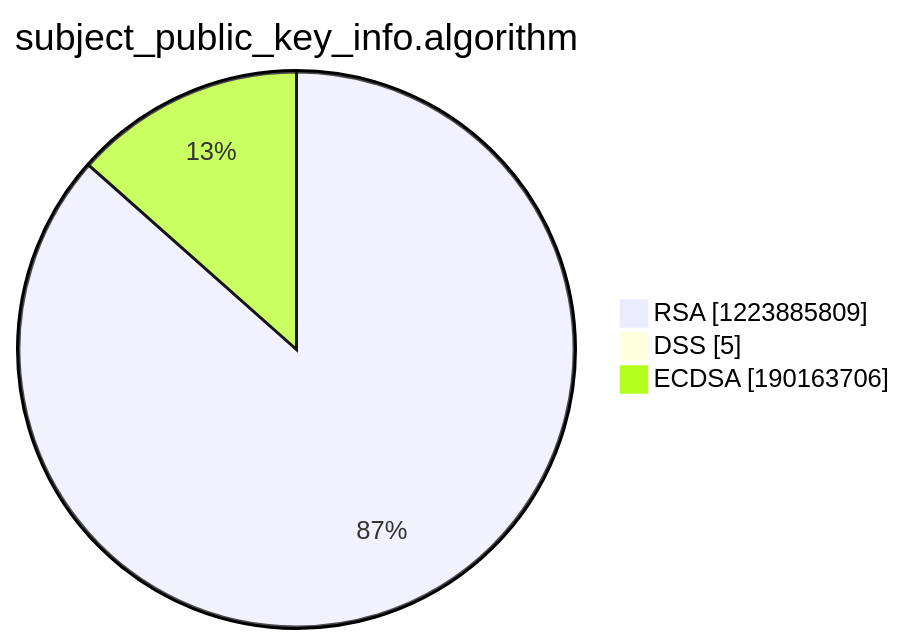
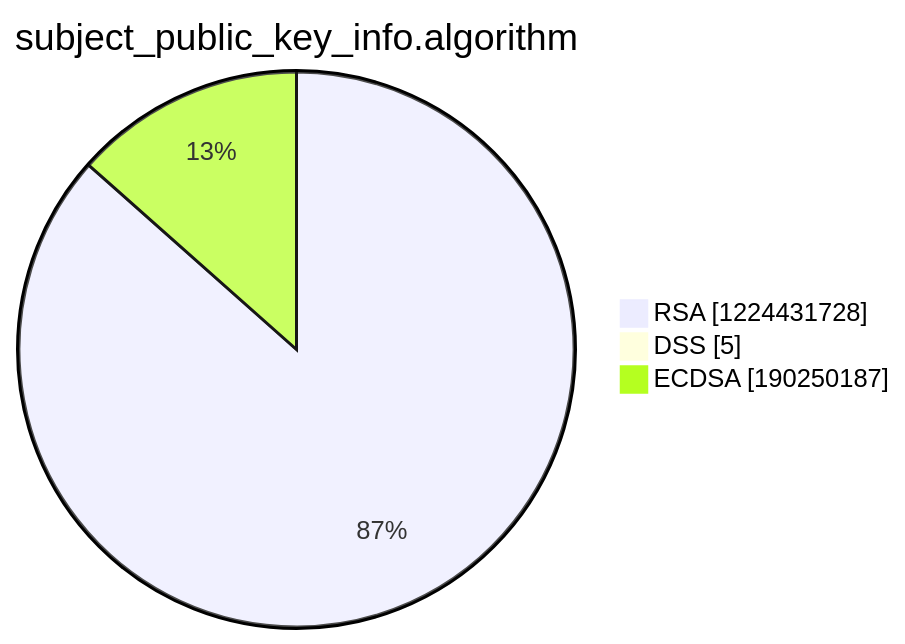
The third of 15 diagrams in argon2022/README.md (christiankrug/ctmonitor_visualization), drawn with Mermaid before and after one commit. The commit also changed other lines of this file, not shown here.

````diff
--- a/argon2022/README.md
+++ b/argon2022/README.md
@@ -14,7 +14,7 @@
 ```mermaid
 pie showData
 title subject_public_key_info.algorithm
-"RSA" :1223885809
+"RSA" :1224431728
 "DSS" :5
-"ECDSA" :190163706
+"ECDSA" :190250187
 ```
````
